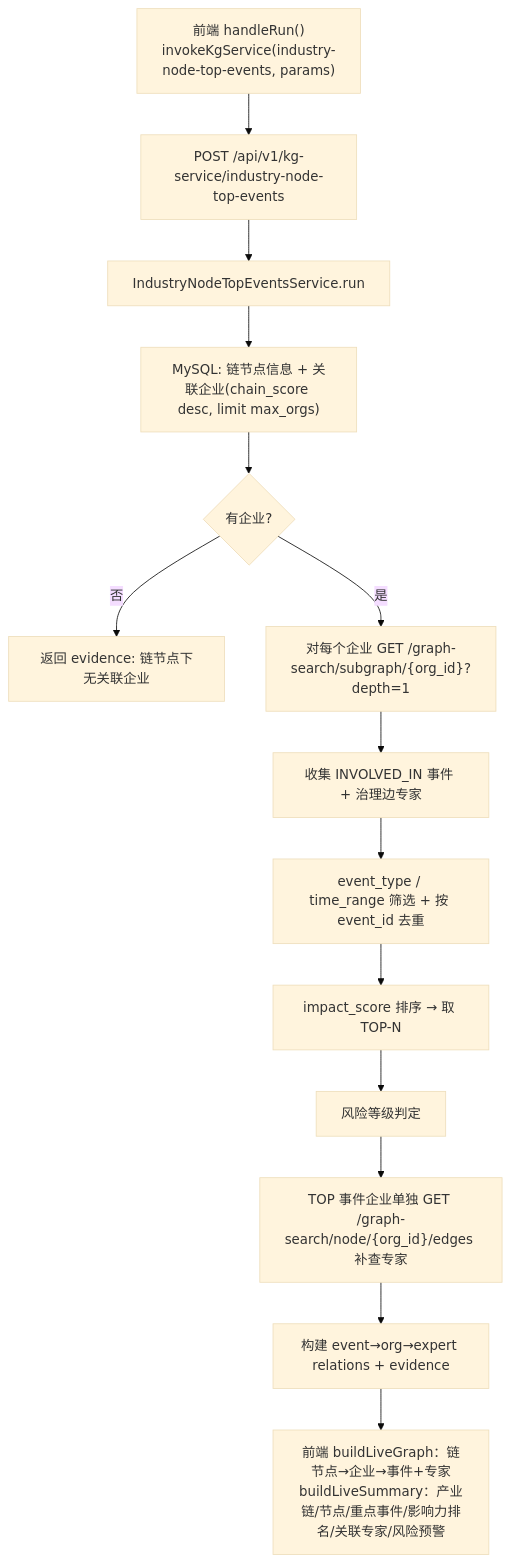
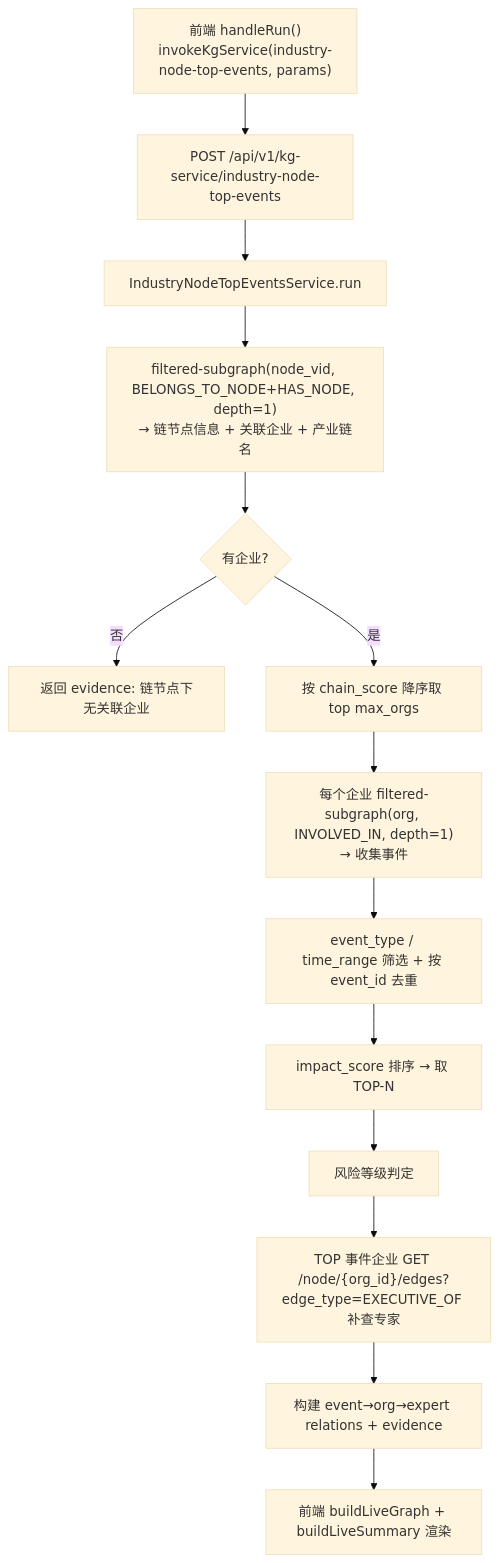
One commit to Marisolebxf/tech-kg-api changed the second of 3 diagrams in docs/business-service-key-enterprise-and-topn-events.md. Above: the diagram before and after it, drawn with Mermaid (base theme). The commit also changed other lines of this file, not shown here.

First line of the commit message:
docs: 更新业务实现文档（filtered-subgraph + TOP-N 去 MySQL + vid 更新）

````diff
--- a/docs/business-service-key-enterprise-and-topn-events.md
+++ b/docs/business-service-key-enterprise-and-topn-events.md
@@ -132,16 +127,16 @@
 ```mermaid
 flowchart TD
     A["前端 handleRun()<br/>invokeKgService(industry-node-top-events, params)"] --> B["POST /api/v1/kg-service/industry-node-top-events"]
     B --> C["IndustryNodeTopEventsService.run"]
-    C --> D["MySQL: 链节点信息 + 关联企业(chain_score desc, limit max_orgs)"]
+    C --> D["filtered-subgraph(node_vid, BELONGS_TO_NODE+HAS_NODE, depth=1)<br/>→ 链节点信息 + 关联企业 + 产业链名"]
     D --> E{有企业?}
     E -- 否 --> Z["返回 evidence: 链节点下无关联企业"]
-    E -- 是 --> F["对每个企业 GET /graph-search/subgraph/{org_id}?depth=1"]
-    F --> G["收集 INVOLVED_IN 事件 + 治理边专家"]
+    E -- 是 --> F["按 chain_score 降序取 top max_orgs"]
+    F --> G["每个企业 filtered-subgraph(org, INVOLVED_IN, depth=1)<br/>→ 收集事件"]
     G --> H["event_type / time_range 筛选 + 按 event_id 去重"]
     H --> I["impact_score 排序 → 取 TOP-N"]
     I --> J["风险等级判定"]
-    J --> K["TOP 事件企业单独 GET /graph-search/node/{org_id}/edges 补查专家"]
+    J --> K["TOP 事件企业 GET /node/{org_id}/edges?edge_type=EXECUTIVE_OF 补查专家"]
     K --> L["构建 event→org→expert relations + evidence"]
-    L --> M["前端 buildLiveGraph：链节点→企业→事件+专家<br/>buildLiveSummary：产业链/节点/重点事件/影响力排名/关联专家/风险预警"]
+    L --> M["前端 buildLiveGraph + buildLiveSummary 渲染"]
 ```
````
